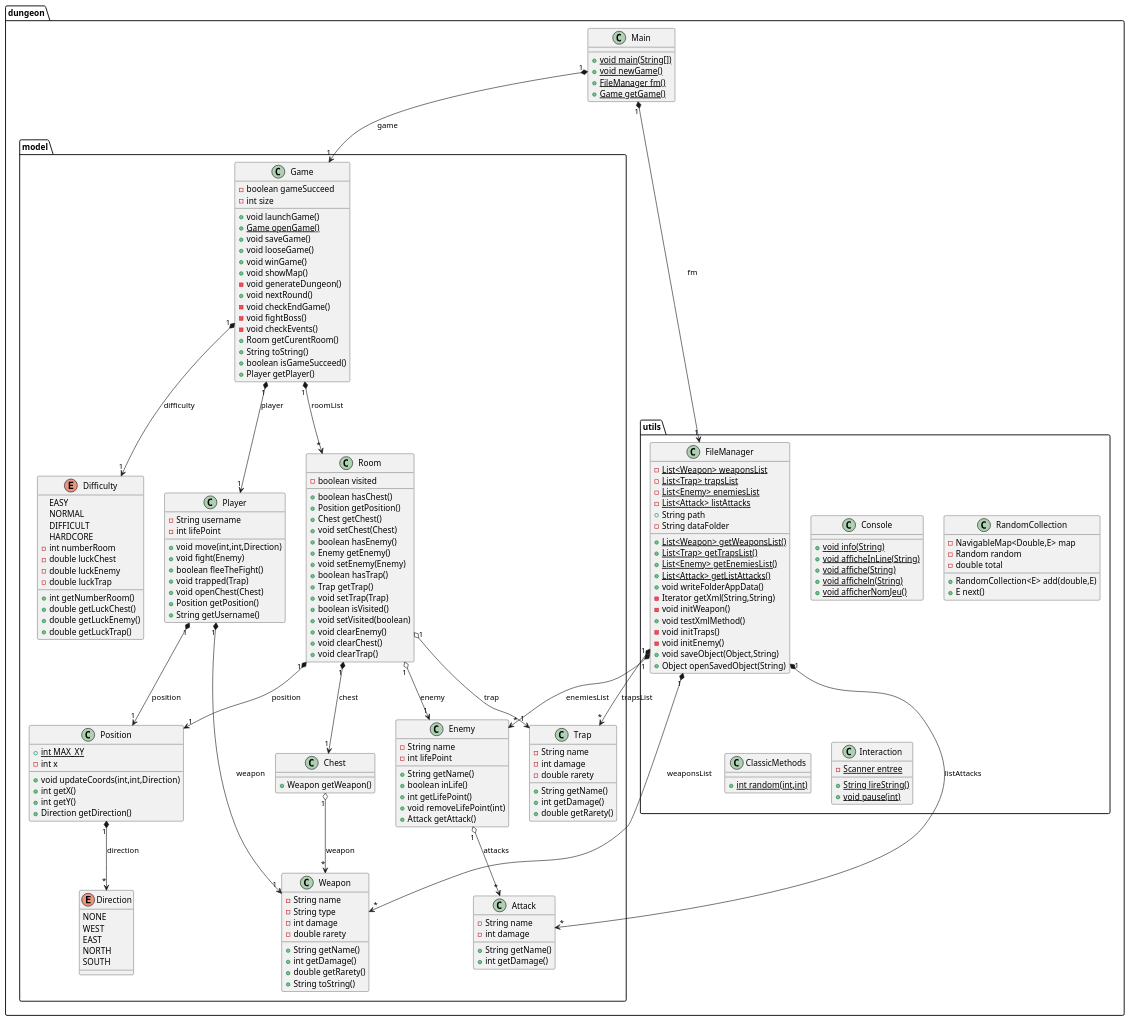
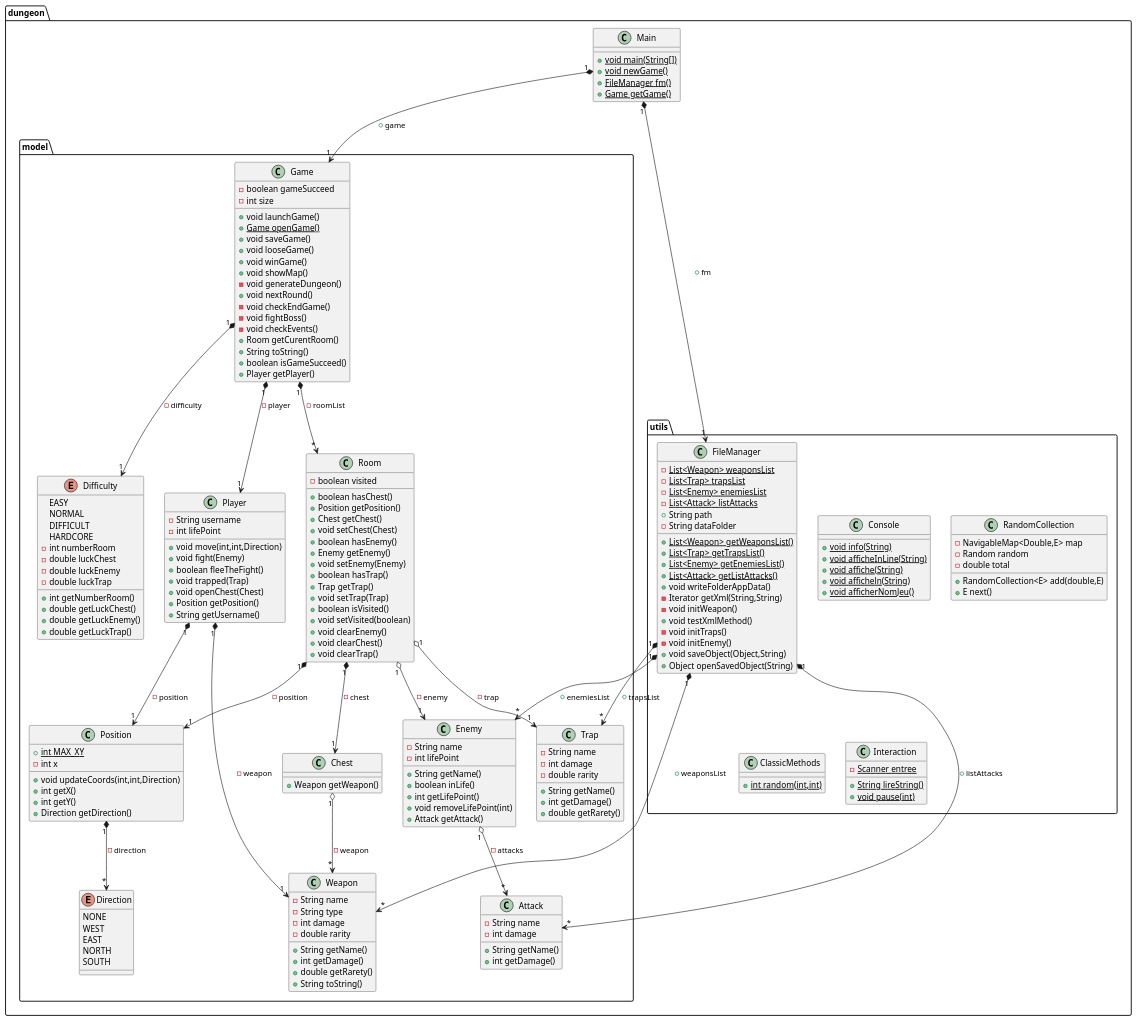
Before and after one commit to PixelDream/DungeonPoo: the diagram in UML.puml, drawn with PlantUML. The commit also changed 12 other files, not shown here.

```diff
--- a/UML.puml
+++ b/UML.puml
@@ -1,193 +1,193 @@
 @startuml
 class dungeon.model.Attack {
 - String name
 - int damage
 + String getName()
 + int getDamage()
 }
 class dungeon.model.Trap {
 - String name
 - int damage
-- double rarety
+- double rarity
 + String getName()
 + int getDamage()
 + double getRarety()
 }
 class dungeon.model.Game {
 - boolean gameSucceed
 - int size
 + void launchGame()
 + {static} Game openGame()
 + void saveGame()
 + void looseGame()
 + void winGame()
 + void showMap()
 - void generateDungeon()
 + void nextRound()
 - void checkEndGame()
 - void fightBoss()
 - void checkEvents()
 + Room getCurentRoom()
 + String toString()
 + boolean isGameSucceed()
 + Player getPlayer()
 }
 class dungeon.model.Room {
 - boolean visited
 + boolean hasChest()
 + Position getPosition()
 + Chest getChest()
 + void setChest(Chest)
 + boolean hasEnemy()
 + Enemy getEnemy()
 + void setEnemy(Enemy)
 + boolean hasTrap()
 + Trap getTrap()
 + void setTrap(Trap)
 + boolean isVisited()
 + void setVisited(boolean)
 + void clearEnemy()
 + void clearChest()
 + void clearTrap()
 }
 class dungeon.utils.Console {
 + {static} void info(String)
 + {static} void afficheInLine(String)
 + {static} void affiche(String)
 + {static} void afficheln(String)
 + {static} void afficherNomJeu()
 }
 class dungeon.model.Player {
 - String username
 - int lifePoint
 + void move(int,int,Direction)
 + void fight(Enemy)
 + boolean fleeTheFight()
 + void trapped(Trap)
 + void openChest(Chest)
 + Position getPosition()
 + String getUsername()
 }
 class dungeon.utils.RandomCollection {
 - NavigableMap<Double,E> map
 - Random random
 - double total
 + RandomCollection<E> add(double,E)
 + E next()
 }
 class dungeon.model.Weapon {
 - String name
 - String type
 - int damage
-- double rarety
+- double rarity
 + String getName()
 + int getDamage()
 + double getRarety()
 + String toString()
 }
 class dungeon.Main {
 + {static} void main(String[])
 + {static} void newGame()
 + {static} FileManager fm()
 + {static} Game getGame()
 }
 class dungeon.utils.ClassicMethods {
 + {static} int random(int,int)
 }
 class dungeon.model.Enemy {
 - String name
 - int lifePoint
 + String getName()
 + boolean inLife()
 + int getLifePoint()
 + void removeLifePoint(int)
 + Attack getAttack()
 }
 class dungeon.model.Position {
 + {static} int MAX_XY
 - int x
 + void updateCoords(int,int,Direction)
 + int getX()
 + int getY()
 + Direction getDirection()
 }
 class dungeon.utils.FileManager {
 - {static} List<Weapon> weaponsList
 - {static} List<Trap> trapsList
 - {static} List<Enemy> enemiesList
 - {static} List<Attack> listAttacks
 + String path
 - String dataFolder
 + {static} List<Weapon> getWeaponsList()
 + {static} List<Trap> getTrapsList()
 + {static} List<Enemy> getEnemiesList()
 + {static} List<Attack> getListAttacks()
 + void writeFolderAppData()
 - Iterator getXml(String,String)
 - void initWeapon()
 + void testXmlMethod()
 - void initTraps()
 - void initEnemy()
 + void saveObject(Object,String)
 + Object openSavedObject(String)
 }
 class dungeon.utils.Interaction {
 - {static} Scanner entree
 + {static} String lireString()
 + {static} void pause(int)
 }
 class dungeon.model.Chest {
 + Weapon getWeapon()
 }
 enum dungeon.model.Difficulty {
 EASY
 NORMAL
 DIFFICULT
 HARDCORE
 - int numberRoom
 - double luckChest
 - double luckEnemy
 - double luckTrap
 
 + int getNumberRoom()
 + double getLuckChest()
 + double getLuckEnemy()
 + double getLuckTrap()
 }
 enum dungeon.model.Direction {
 NONE
 WEST
 EAST
 NORTH
 SOUTH
 }
 
 
-dungeon.model.Game "1" *--> "1" dungeon.model.Player : player
-dungeon.model.Game "1" *--> "1" dungeon.model.Difficulty : difficulty
-dungeon.model.Game "1" *--> "*" dungeon.model.Room : roomList
+dungeon.model.Game "1" *--> "1" dungeon.model.Player : - player
+dungeon.model.Game "1" *--> "1" dungeon.model.Difficulty : - difficulty
+dungeon.model.Game "1" *--> "*" dungeon.model.Room : -roomList
 
-dungeon.model.Room "1" *--> "1" dungeon.model.Position : position
-dungeon.model.Room "1" *--> "1" dungeon.model.Chest : chest
-dungeon.model.Room "1" o--> "1" dungeon.model.Enemy : enemy
-dungeon.model.Room "1" o--> "1" dungeon.model.Trap : trap
+dungeon.model.Room "1" *--> "1" dungeon.model.Position : -position
+dungeon.model.Room "1" *--> "1" dungeon.model.Chest : -chest
+dungeon.model.Room "1" o--> "1" dungeon.model.Enemy : -enemy
+dungeon.model.Room "1" o--> "1" dungeon.model.Trap : -trap
 
-dungeon.model.Player "1" *--> "1" dungeon.model.Position : position
-dungeon.model.Player "1" *--> "1" dungeon.model.Weapon : weapon
+dungeon.model.Player "1" *--> "1" dungeon.model.Position : - position
+dungeon.model.Player "1" *--> "1" dungeon.model.Weapon : - weapon
 
-dungeon.Main "1" *--> "1" dungeon.model.Game : game
-dungeon.Main "1" *--> "1" dungeon.utils.FileManager : fm
+dungeon.Main "1" *--> "1" dungeon.model.Game : + game
+dungeon.Main "1" *--> "1" dungeon.utils.FileManager : + fm
 
-dungeon.model.Enemy "1" o--> "*" dungeon.model.Attack: attacks
+dungeon.model.Enemy "1" o--> "*" dungeon.model.Attack: - attacks
 
-dungeon.model.Position "1" *--> "*" dungeon.model.Direction : direction
+dungeon.model.Position "1" *--> "*" dungeon.model.Direction : - direction
 
-dungeon.model.Chest "1" o--> "*" dungeon.model.Weapon : weapon
+dungeon.model.Chest "1" o--> "*" dungeon.model.Weapon : - weapon
 
-dungeon.utils.FileManager "1" *--> "*" dungeon.model.Weapon : weaponsList
-dungeon.utils.FileManager "1" *--> "*" dungeon.model.Attack : listAttacks
-dungeon.utils.FileManager "1" *--> "*" dungeon.model.Enemy : enemiesList
-dungeon.utils.FileManager "1" *--> "*" dungeon.model.Trap : trapsList
+dungeon.utils.FileManager "1" *--> "*" dungeon.model.Weapon : + weaponsList
+dungeon.utils.FileManager "1" *--> "*" dungeon.model.Attack : + listAttacks
+dungeon.utils.FileManager "1" *--> "*" dungeon.model.Enemy : + enemiesList
+dungeon.utils.FileManager "1" *--> "*" dungeon.model.Trap : + trapsList
 
 
 @enduml
```
